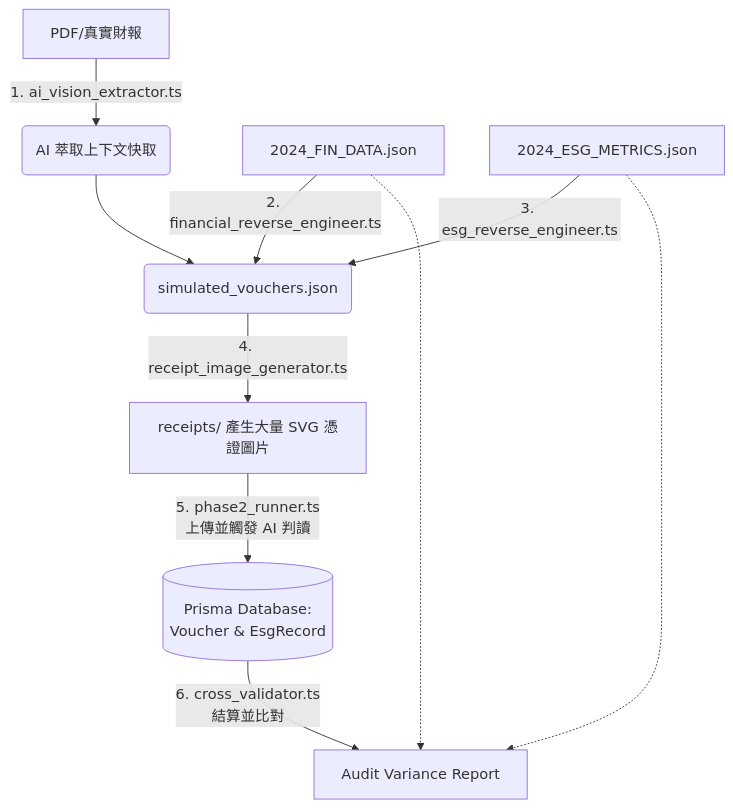
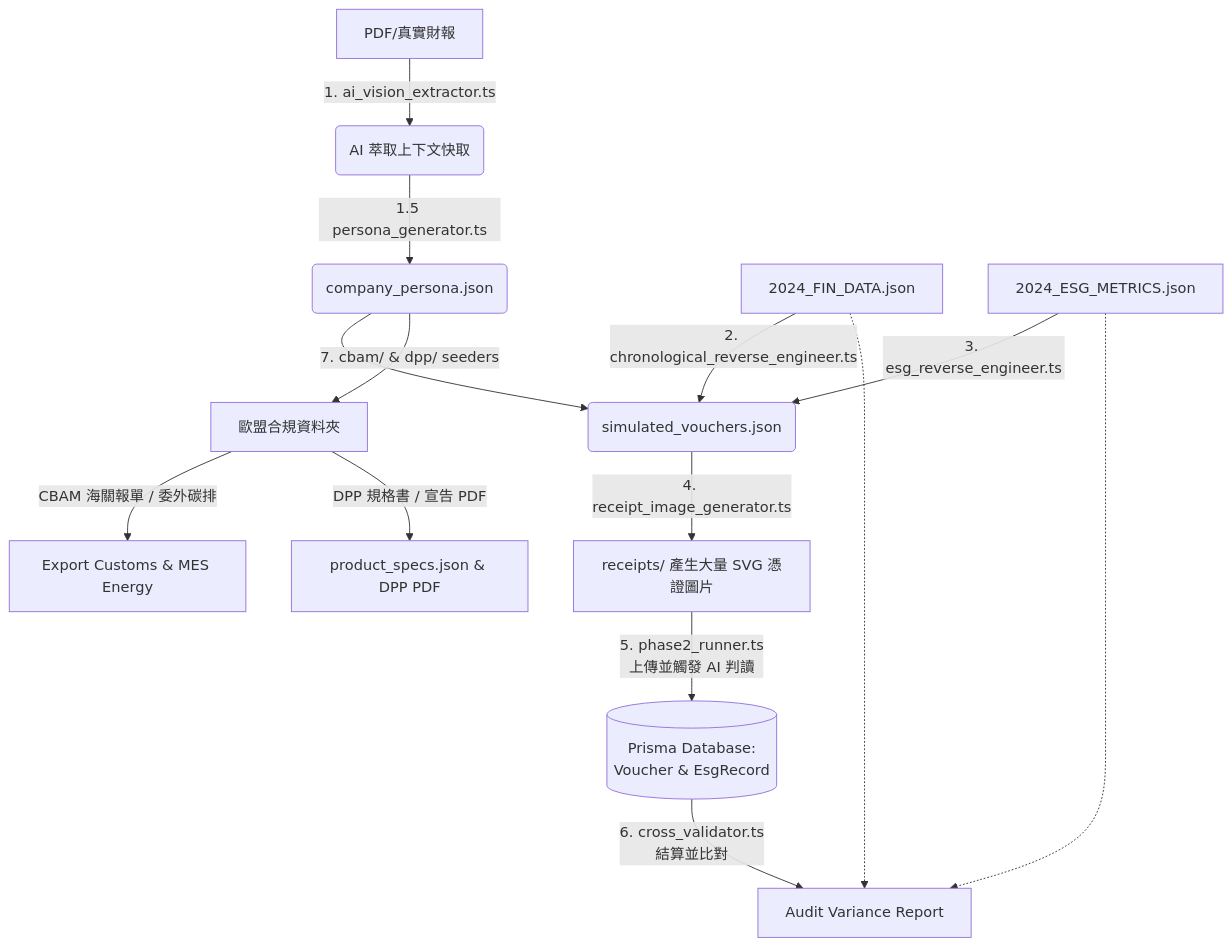
The diagram in documents/testing_and_qa/e2e_audit_pipeline/e2e_testing_architecture.md (CAFECA-IO/iSunFA), drawn with Mermaid before and after one commit. The commit also changed other lines of this file and 19 other files, not shown here.

First line of the commit message:
feat(e2e-seeder): add CBAM and DPP compliance seeders and documentation

````diff
--- a/documents/testing_and_qa/e2e_audit_pipeline/e2e_testing_architecture.md
+++ b/documents/testing_and_qa/e2e_audit_pipeline/e2e_testing_architecture.md
@@ -20,15 +22,20 @@
 ```mermaid
 graph TD
     A[PDF/真實財報] -->|1. ai_vision_extractor.ts| B(AI 萃取上下文快取)
-    C[2024_FIN_DATA.json] -->|2. financial_reverse_engineer.ts| D(simulated_vouchers.json)
-    B --> D
+    B -->|1.5 persona_generator.ts| P(company_persona.json)
+    
+    %% 財務與 ESG 逆推分支
+    C[2024_FIN_DATA.json] -->|2. chronological_reverse_engineer.ts| D(simulated_vouchers.json)
+    P --> D
     E[2024_ESG_METRICS.json] -->|3. esg_reverse_engineer.ts| D
-
     D -->|4. receipt_image_generator.ts| F[receipts/ 產生大量 SVG 憑證圖片]
-
     F -->|5. phase2_runner.ts \n上傳並觸發 AI 判讀| G[(Prisma Database:\n Voucher & EsgRecord)]
-
     G -->|6. cross_validator.ts \n結算並比對| H[Audit Variance Report]
     C -.-> H
     E -.-> H
+
+    %% 歐盟合規宣告分支 (CBAM & DPP)
+    P -->|7. cbam/ & dpp/ seeders| I[歐盟合規資料夾]
+    I -->|CBAM 海關報單 / 委外碳排| J[Export Customs & MES Energy]
+    I -->|DPP 規格書 / 宣告 PDF| K[product_specs.json & DPP PDF]
 ```
````
